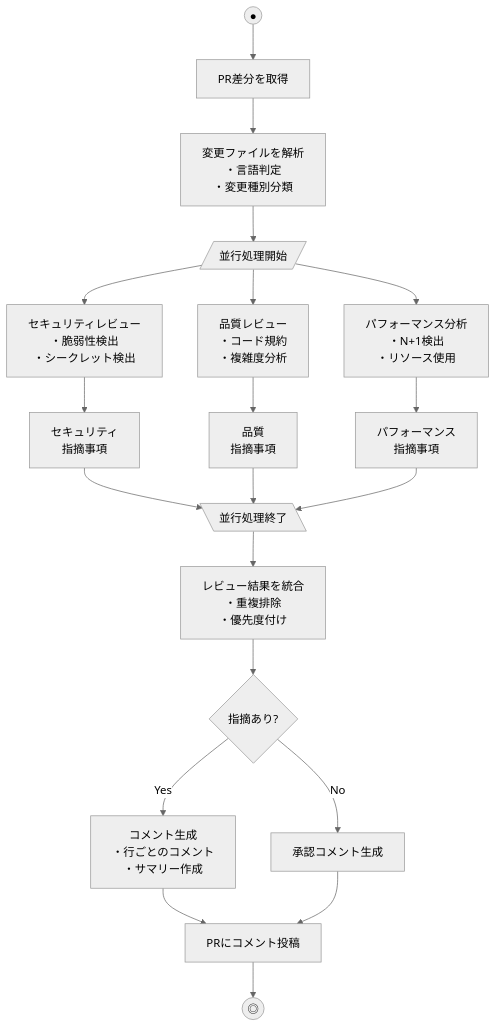
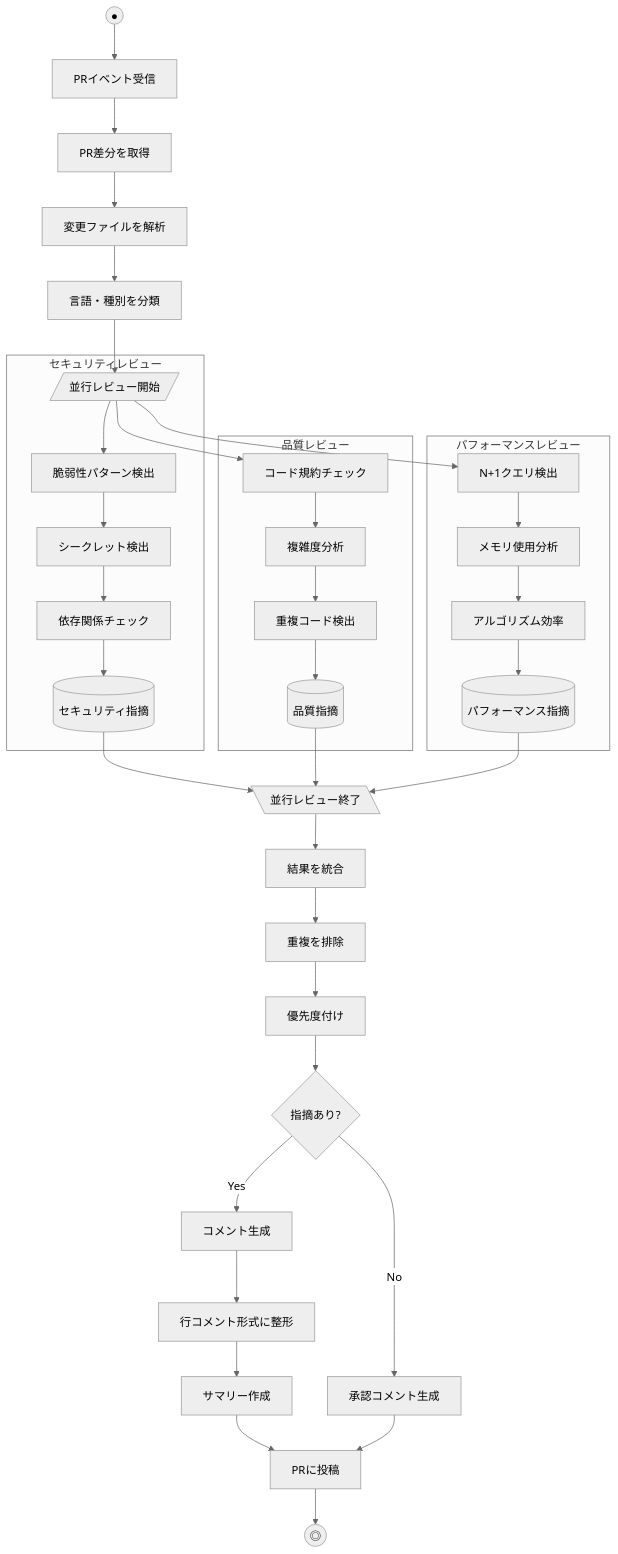
One commit to s-tanoue/blog changed diagram 16 of 26 in blog/2025-11-26-activity-diagram-guide.md. Above: the diagram before and after it, drawn with Mermaid (neutral theme). The commit also changed other lines of this file, not shown here.

First line of the commit message:
docs: アクティビティ図記事をMermaid図で全面改訂

````diff
--- a/blog/2025-11-26-activity-diagram-guide.md
+++ b/blog/2025-11-26-activity-diagram-guide.md
@@ -356,31 +358,49 @@
 ```mermaid
 flowchart TB
-    Start((●)) --> GetDiff[PR差分を取得]
-    GetDiff --> ParseFiles[変更ファイルを解析\n・言語判定\n・変更種別分類]
+    Start((●)) --> Trigger[PRイベント受信]
+    Trigger --> GetDiff[PR差分を取得]
+    GetDiff --> ParseFiles[変更ファイルを解析]
+    ParseFiles --> Classify[言語・種別を分類]
 
-    ParseFiles --> Fork1[/並行処理開始/]
+    Classify --> Fork1[/ 並行レビュー開始 /]
 
-    Fork1 --> Security[セキュリティレビュー\n・脆弱性検出\n・シークレット検出]
-    Fork1 --> Quality[品質レビュー\n・コード規約\n・複雑度分析]
-    Fork1 --> Performance[パフォーマンス分析\n・N+1検出\n・リソース使用]
+    subgraph SecurityReview["セキュリティレビュー"]
+        Fork1 --> S1[脆弱性パターン検出]
+        S1 --> S2[シークレット検出]
+        S2 --> S3[依存関係チェック]
+        S3 --> SecurityResult[(セキュリティ指摘)]
+    end
 
-    Security --> SecurityResult[セキュリティ\n指摘事項]
-    Quality --> QualityResult[品質\n指摘事項]
-    Performance --> PerfResult[パフォーマンス\n指摘事項]
+    subgraph QualityReview["品質レビュー"]
+        Fork1 --> Q1[コード規約チェック]
+        Q1 --> Q2[複雑度分析]
+        Q2 --> Q3[重複コード検出]
+        Q3 --> QualityResult[(品質指摘)]
+    end
 
-    SecurityResult --> Join1[\並行処理終了\]
+    subgraph PerfReview["パフォーマンスレビュー"]
+        Fork1 --> P1[N+1クエリ検出]
+        P1 --> P2[メモリ使用分析]
+        P2 --> P3[アルゴリズム効率]
+        P3 --> PerfResult[(パフォーマンス指摘)]
+    end
+
+    SecurityResult --> Join1[\ 並行レビュー終了 \]
     QualityResult --> Join1
     PerfResult --> Join1
 
-    Join1 --> Aggregate[レビュー結果を統合\n・重複排除\n・優先度付け]
+    Join1 --> Aggregate[結果を統合]
+    Aggregate --> Dedupe[重複を排除]
+    Dedupe --> Prioritize[優先度付け]
 
-    Aggregate --> HasIssues{指摘あり?}
-
-    HasIssues -->|Yes| GenerateComments[コメント生成\n・行ごとのコメント\n・サマリー作成]
+    Prioritize --> HasIssues{指摘あり?}
+    HasIssues -->|Yes| GenComments[コメント生成]
     HasIssues -->|No| Approve[承認コメント生成]
 
-    GenerateComments --> PostToPR[PRにコメント投稿]
-    Approve --> PostToPR
+    GenComments --> FormatComments[行コメント形式に整形]
+    FormatComments --> Summary[サマリー作成]
+    Summary --> Post[PRに投稿]
+    Approve --> Post
 
-    PostToPR --> End1((◎))
+    Post --> End1((◎))
 ```
````
